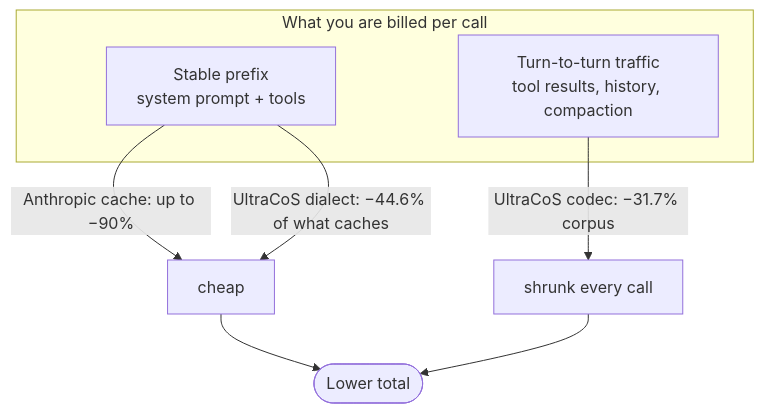
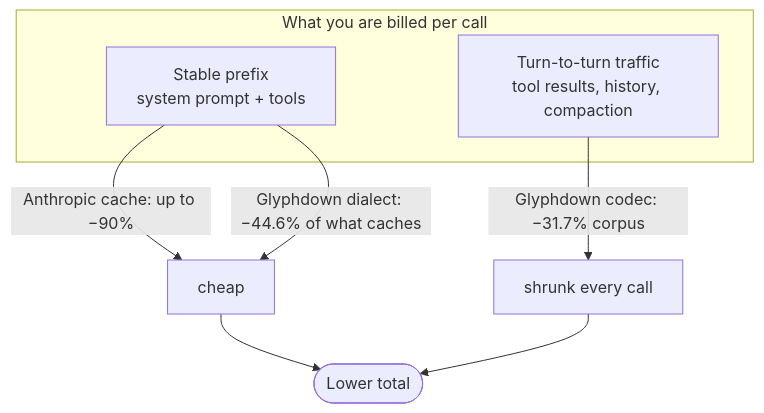
One commit to MikkoParkkola/glyphdown changed the second of 3 diagrams in README.md. Above: the diagram before and after it, drawn with Mermaid. The commit also changed other lines of this file and 94 other files, not shown here.

First line of the commit message:
Rename product/notation brand UltraCoS -> Glyphdown

````diff
--- a/README.md
+++ b/README.md
@@ -53,12 +53,12 @@
 ```mermaid
 flowchart TB
   subgraph B[What you are billed per call]
     P[Stable prefix<br/>system prompt + tools]
     T[Turn-to-turn traffic<br/>tool results, history, compaction]
   end
   P -->|Anthropic cache: up to −90%| C[cheap]
-  P -->|UltraCoS dialect: −44.6% of what caches| C
-  T -->|UltraCoS codec: −31.7% corpus| S[shrunk every call]
+  P -->|Glyphdown dialect: −44.6% of what caches| C
+  T -->|Glyphdown codec: −31.7% corpus| S[shrunk every call]
   C --> L([Lower total])
   S --> L
 ```
````
